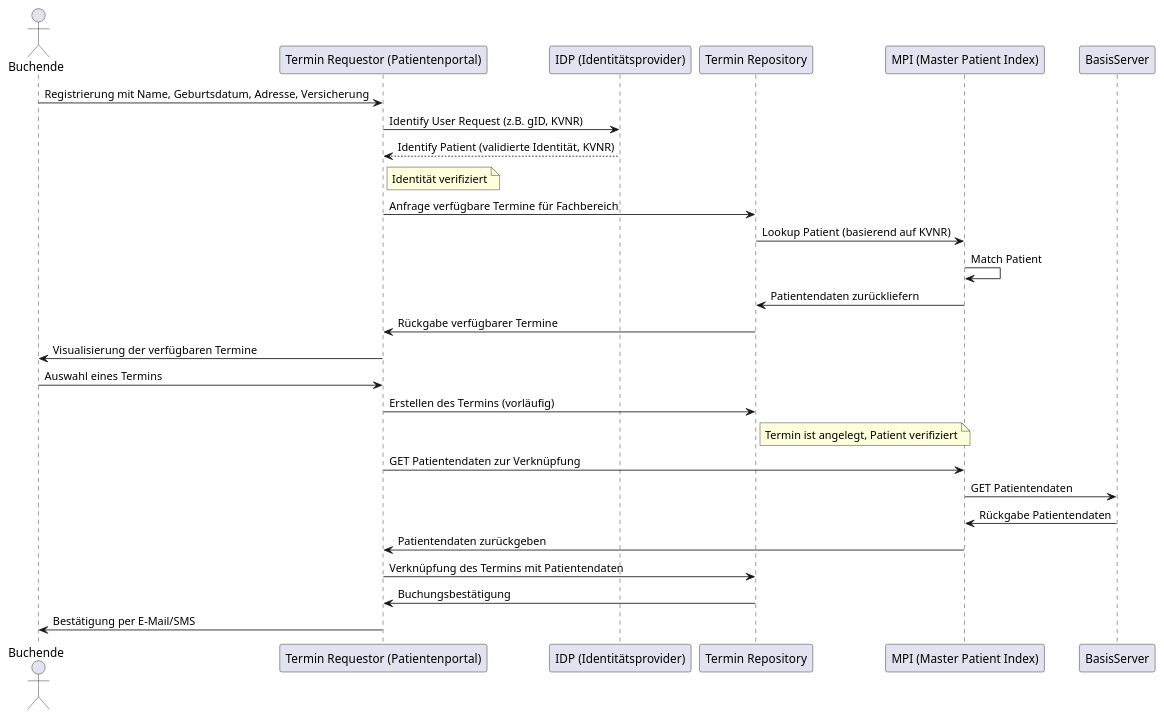
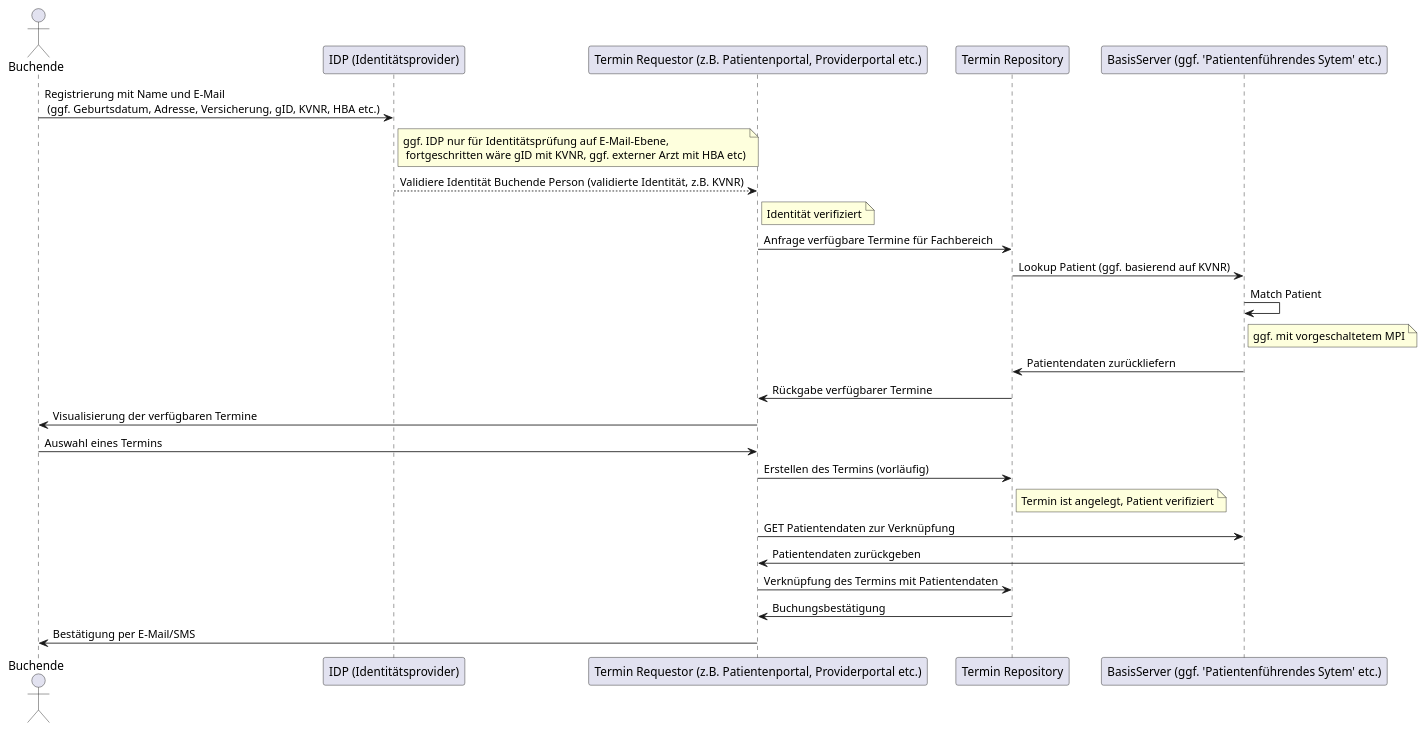
The diagram in Material/images/diagrams/identitaetsnachweis-sequenz.puml (gematik/Spec-ISiK-Terminplanung), drawn with PlantUML before and after one commit.

Commit message:
update process model

```diff
--- a/Material/images/diagrams/identitaetsnachweis-sequenz.puml
+++ b/Material/images/diagrams/identitaetsnachweis-sequenz.puml
@@ -1,34 +1,32 @@
 @startuml
 
 actor Buchende
-participant "Termin Requestor (Patientenportal)" as TR
 participant "IDP (Identitätsprovider)" as IDP
+participant "Termin Requestor (z.B. Patientenportal, Providerportal etc.)" as TR
 participant "Termin Repository" as TRP
-participant "MPI (Master Patient Index)" as MPI
-participant "BasisServer" as BS
+participant "BasisServer (ggf. 'Patientenführendes Sytem' etc.)" as BS
 
-Buchende -> TR: Registrierung mit Name, Geburtsdatum, Adresse, Versicherung
-TR -> IDP: Identify User Request (z.B. gID, KVNR)
-IDP --> TR: Identify Patient (validierte Identität, KVNR)
+Buchende -> IDP: Registrierung mit Name und E-Mail \n (ggf. Geburtsdatum, Adresse, Versicherung, gID, KVNR, HBA etc.) 
+note right of IDP: ggf. IDP nur für Identitätsprüfung auf E-Mail-Ebene, \n fortgeschritten wäre gID mit KVNR, ggf. externer Arzt mit HBA etc)
+IDP --> TR: Validiere Identität Buchende Person (validierte Identität, z.B. KVNR)
 note right of TR: Identität verifiziert
 
 TR -> TRP: Anfrage verfügbare Termine für Fachbereich
-TRP -> MPI: Lookup Patient (basierend auf KVNR)
-MPI -> MPI: Match Patient
-MPI -> TRP: Patientendaten zurückliefern
+TRP -> BS: Lookup Patient (ggf. basierend auf KVNR)
+BS -> BS: Match Patient
+note right of BS: ggf. mit vorgeschaltetem MPI
+BS -> TRP: Patientendaten zurückliefern
 TRP -> TR: Rückgabe verfügbarer Termine
 TR -> Buchende: Visualisierung der verfügbaren Termine
 
 Buchende -> TR: Auswahl eines Termins
 TR -> TRP: Erstellen des Termins (vorläufig)
 note right of TRP: Termin ist angelegt, Patient verifiziert
-TR -> MPI: GET Patientendaten zur Verknüpfung
-MPI -> BS: GET Patientendaten
-BS -> MPI: Rückgabe Patientendaten
-MPI -> TR: Patientendaten zurückgeben
+TR -> BS: GET Patientendaten zur Verknüpfung
+BS -> TR: Patientendaten zurückgeben
 TR -> TRP: Verknüpfung des Termins mit Patientendaten
 
 TRP -> TR: Buchungsbestätigung
 TR -> Buchende: Bestätigung per E-Mail/SMS
 
 @enduml
```
